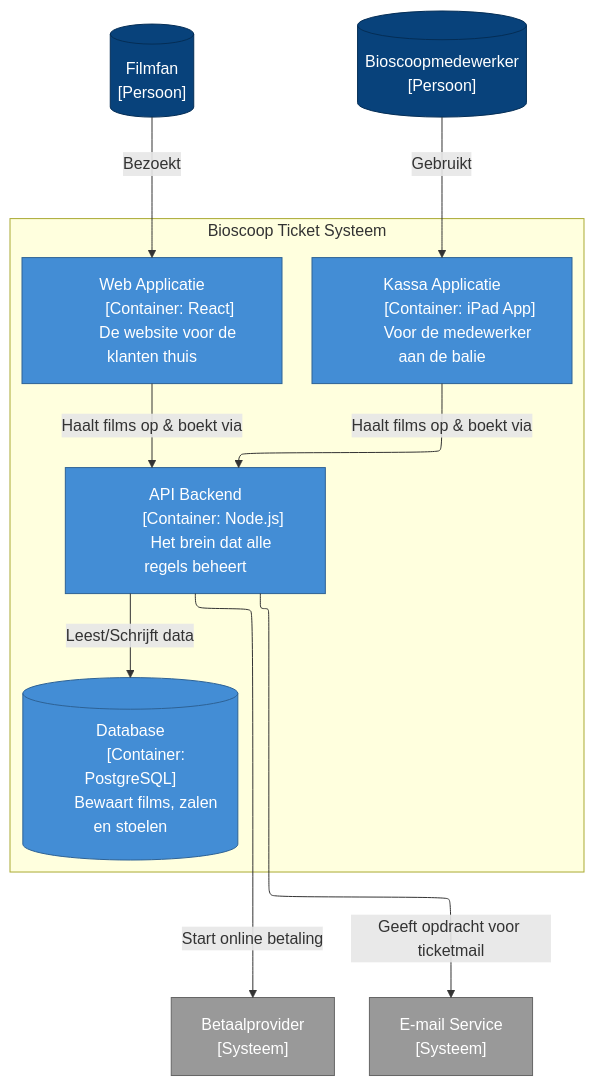
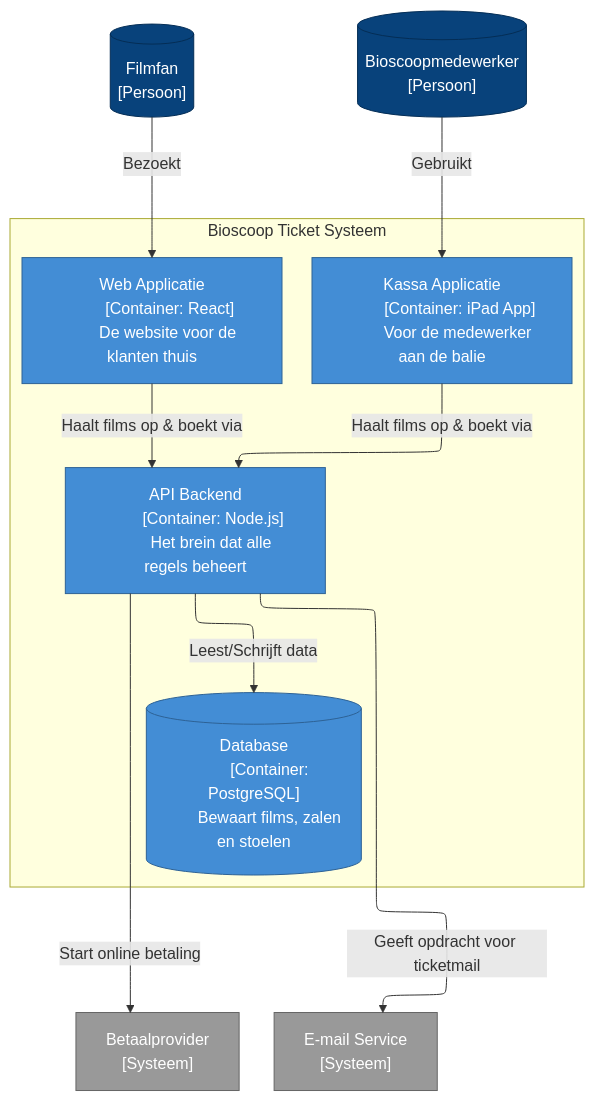
The diagram in 02-containers.md (jensdev/architecture-as-code), drawn with Mermaid before and after one commit.

````diff
--- a/02-containers.md
+++ b/02-containers.md
@@ -7,56 +7,59 @@
 ```mermaid
 ---
 config:
   flowchart:
     defaultRenderer: "elk"
 ---
 flowchart TB
     %% Styling
     classDef person fill:#08427b,stroke:#052e56,color:#fff
     classDef container fill:#438dd5,stroke:#2e6295,color:#fff
     classDef external fill:#999999,stroke:#666666,color:#fff
     classDef database fill:#438dd5,stroke:#2e6295,color:#fff,shape:cylinder
 
     %% Actoren & Externe systemen van Niveau 1 (als context)
     Klant[("Filmfan
     [Persoon]")]:::person
     Kassa[("Bioscoopmedewerker
     [Persoon]")]:::person
     Betaal["Betaalprovider
     [Systeem]"]:::external
     Mail["E-mail Service
     [Systeem]"]:::external
 
     %% De binnenkant van ons systeem
     subgraph TICKETS ["Bioscoop Ticket Systeem"]
         direction TB
         
         WebApp["Web Applicatie
         [Container: React]
         De website voor de klanten thuis"]:::container
         POS["Kassa Applicatie
         [Container: iPad App]
         Voor de medewerker aan de balie"]:::container
         
         API["API Backend
         [Container: Node.js]
         Het brein dat alle regels beheert"]:::container
         
         DB[("Database
         [Container: PostgreSQL]
         Bewaart films, zalen en stoelen")]:::database
     end
 
     %% Relaties
     Klant -->|"Bezoekt"| WebApp
     Kassa -->|"Gebruikt"| POS
 
     WebApp -->|"Haalt films op & boekt via"| API
     POS -->|"Haalt films op & boekt via"| API
 
     API -->|"Leest/Schrijft data"| DB
     API -->|"Start online betaling"| Betaal
     API -->|"Geeft opdracht voor ticketmail"| Mail
 
+    DB ~~~ Betaal
+    DB ~~~ Mail
+
     click API "https://github.com/jensdev/architecture-as-code/blob/main/03-components.md" "Bekijk de API Componenten" _top
 ```
````
